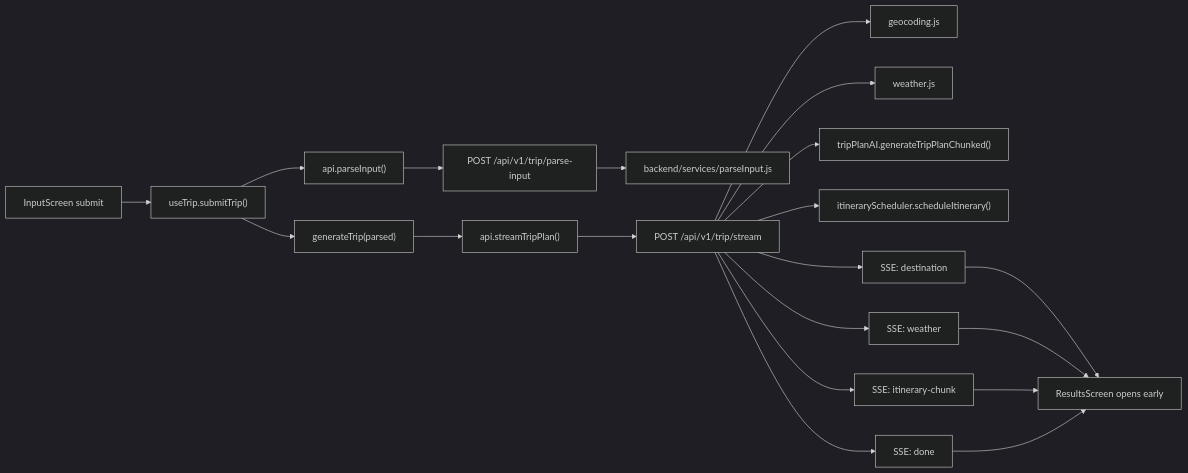
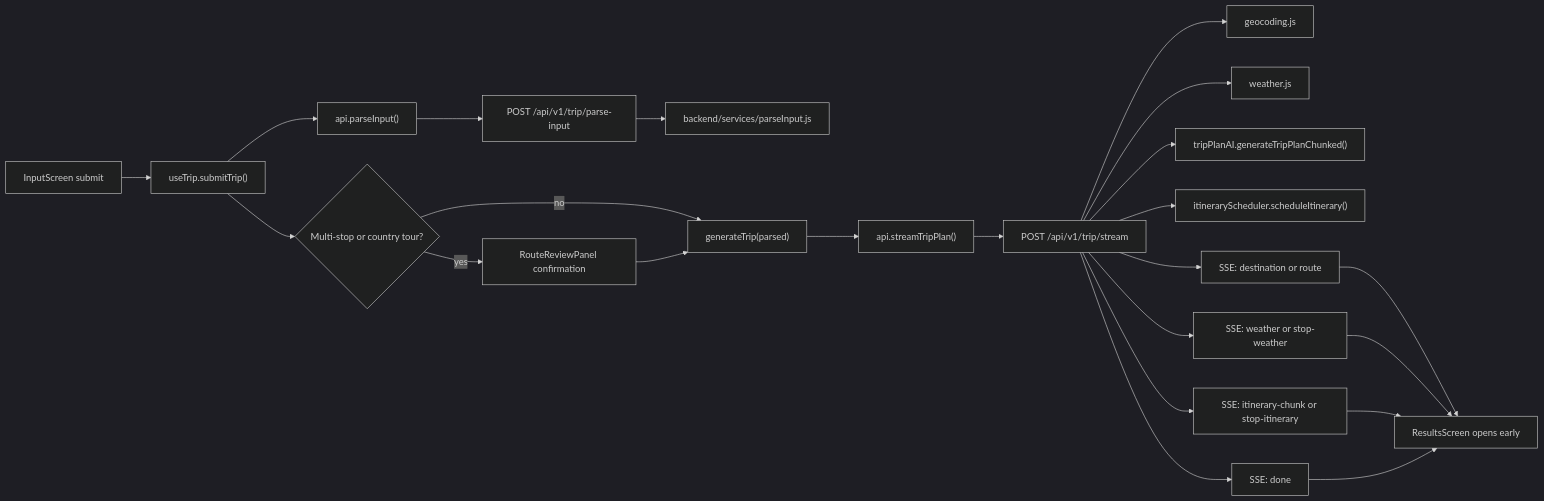
One commit to prasadnitish/SproutRoute changed the second of 7 diagrams in docs/WEB_CODE_GRAPH.md. Above: the diagram before and after it, drawn with Mermaid (dark theme). The commit also changed other lines of this file and 21 other files, not shown here.

Commit message:
feat: support multi-hop trip planning

````diff
--- a/docs/WEB_CODE_GRAPH.md
+++ b/docs/WEB_CODE_GRAPH.md
@@ -51,25 +53,28 @@
 ```mermaid
 flowchart LR
     A["InputScreen submit"] --> B["useTrip.submitTrip()"]
     B --> C["api.parseInput()"]
     C --> D["POST /api/v1/trip/parse-input"]
     D --> E["backend/services/parseInput.js"]
 
-    B --> F["generateTrip(parsed)"]
+    B --> R{"Multi-stop or country tour?"}
+    R -->|yes| S["RouteReviewPanel confirmation"]
+    R -->|no| F["generateTrip(parsed)"]
+    S --> F
     F --> G["api.streamTripPlan()"]
     G --> H["POST /api/v1/trip/stream"]
     H --> I["geocoding.js"]
     H --> J["weather.js"]
     H --> K["tripPlanAI.generateTripPlanChunked()"]
     H --> L["itineraryScheduler.scheduleItinerary()"]
 
-    H --> M["SSE: destination"]
-    H --> N["SSE: weather"]
-    H --> O["SSE: itinerary-chunk"]
+    H --> M["SSE: destination or route"]
+    H --> N["SSE: weather or stop-weather"]
+    H --> O["SSE: itinerary-chunk or stop-itinerary"]
     H --> P["SSE: done"]
 
     M --> Q["ResultsScreen opens early"]
     N --> Q
     O --> Q
     P --> Q
 ```
````
